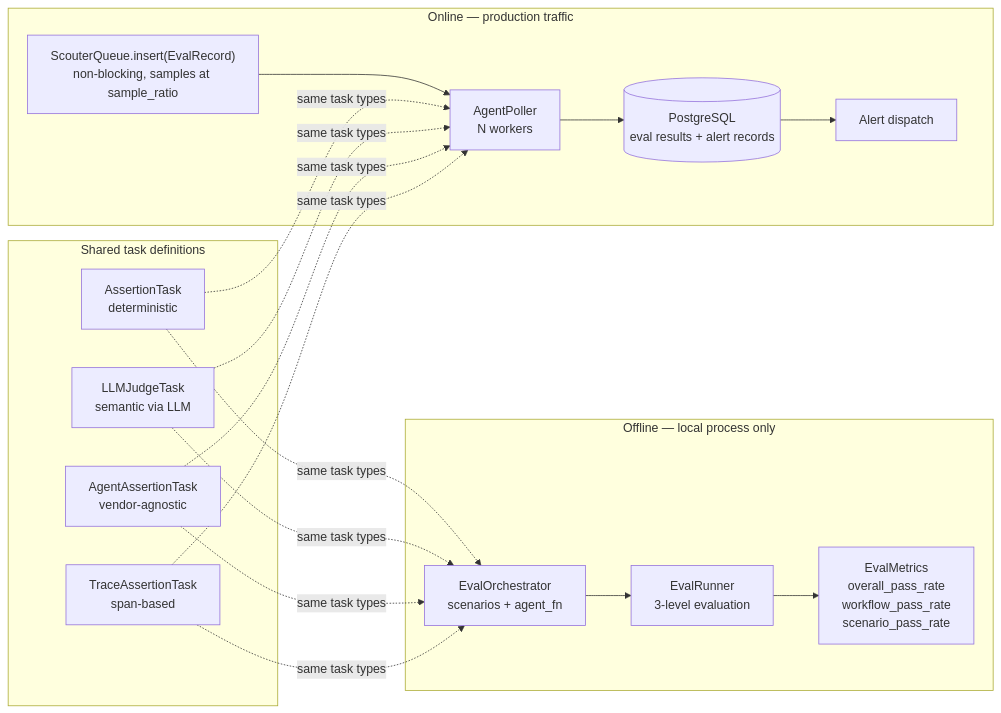
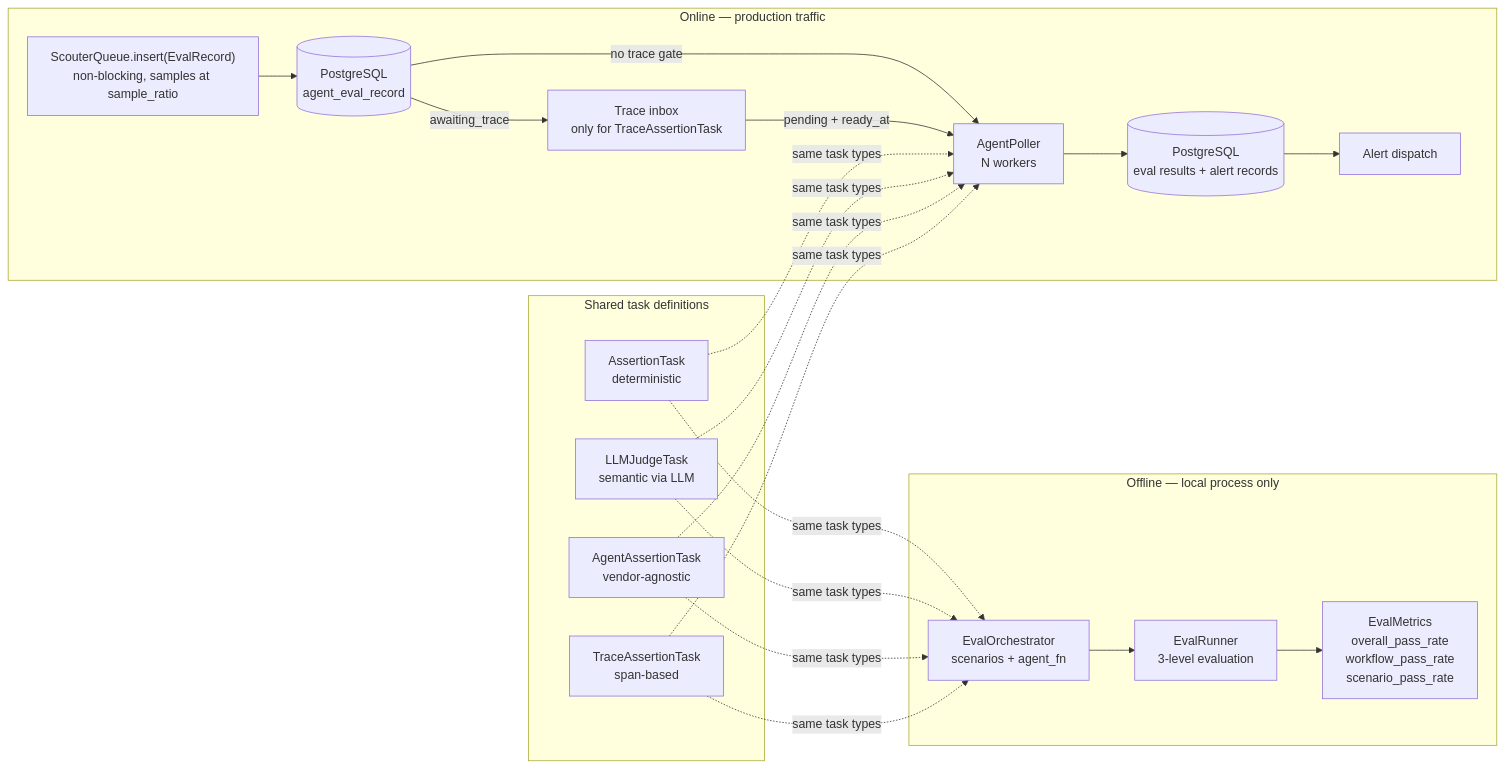
The eighth of 8 diagrams in docs/src/content/docs/architecture/overview.mdx (demml/scouter), drawn with Mermaid before and after one commit. The commit also changed other lines of this file and 57 other files, not shown here.

Commit message:
refactor trace inbox

````diff
--- a/docs/src/content/docs/architecture/overview.mdx
+++ b/docs/src/content/docs/architecture/overview.mdx
@@ -298,27 +329,32 @@
 ```mermaid
 graph LR
     subgraph "Offline — local process only"
         EO["EvalOrchestrator\nscenarios + agent_fn"]
         ER["EvalRunner\n3-level evaluation"]
         EM["EvalMetrics\noverall_pass_rate\nworkflow_pass_rate\nscenario_pass_rate"]
         EO --> ER --> EM
     end
 
     subgraph "Shared task definitions"
         AT["AssertionTask\ndeterministic"]
         LJ["LLMJudgeTask\nsemantic via LLM"]
         AA["AgentAssertionTask\nvendor-agnostic"]
         TA["TraceAssertionTask\nspan-based"]
     end
 
     subgraph "Online — production traffic"
         SQ["ScouterQueue.insert(EvalRecord)\nnon-blocking, samples at sample_ratio"]
+        EVALPG[("PostgreSQL\nagent_eval_record")]
+        INBOX["Trace inbox\nonly for TraceAssertionTask"]
         AGP["AgentPoller\nN workers"]
         PG[("PostgreSQL\neval results + alert records")]
         AL["Alert dispatch"]
-        SQ --> AGP --> PG --> AL
+        SQ --> EVALPG
+        EVALPG -->|"no trace gate"| AGP
+        EVALPG -->|"awaiting_trace"| INBOX -->|"pending + ready_at"| AGP
+        AGP --> PG --> AL
     end
 
     AT & LJ & AA & TA -.->|same task types| EO
     AT & LJ & AA & TA -.->|same task types| AGP
 ```
````
